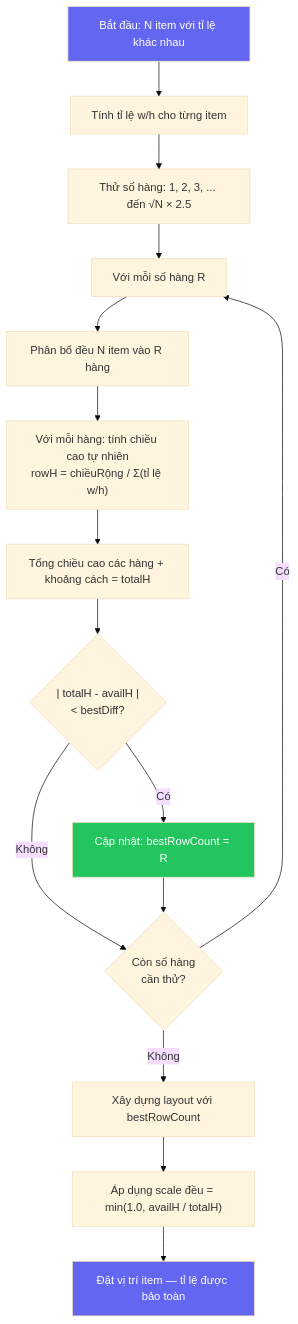
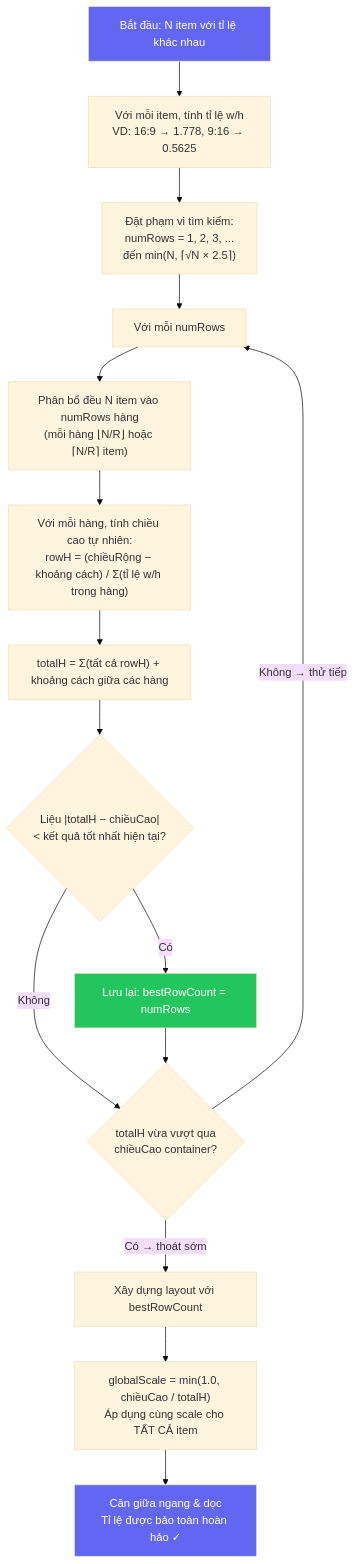
One commit to thangdevalone/meeting-grid-layout changed the diagram in README.vi.md. Above: the diagram before and after it, drawn with Mermaid (base theme). The commit also changed other lines of this file and 7 other files, not shown here.

````diff
--- a/README.vi.md
+++ b/README.vi.md
@@ -296,21 +302,21 @@
 ```mermaid
 flowchart TD
-    A["Bắt đầu: N item với tỉ lệ khác nhau"] --> B["Tính tỉ lệ w/h cho từng item"]
-    B --> C["Thử số hàng: 1, 2, 3, ... đến √N × 2.5"]
-    C --> D["Với mỗi số hàng R"]
-    D --> E["Phân bổ đều N item vào R hàng"]
-    E --> F["Với mỗi hàng: tính chiều cao tự nhiên\nrowH = chiềuRộng / Σ(tỉ lệ w/h)"]
-    F --> G["Tổng chiều cao các hàng + khoảng cách = totalH"]
-    G --> H{"| totalH - availH |\n< bestDiff?"}
-    H -- Có --> I["Cập nhật: bestRowCount = R"]
-    H -- Không --> J{"Còn số hàng\ncần thử?"}
+    A["Bắt đầu: N item với tỉ lệ khác nhau"] --> B["Với mỗi item, tính tỉ lệ w/h\nVD: 16:9 → 1.778, 9:16 → 0.5625"]
+    B --> C["Đặt phạm vi tìm kiếm:\nnumRows = 1, 2, 3, ...\nđến min(N, ⌈√N × 2.5⌉)"]
+    C --> D["Với mỗi numRows"]
+    D --> E["Phân bổ đều N item vào numRows hàng\n(mỗi hàng ⌊N/R⌋ hoặc ⌈N/R⌉ item)"]
+    E --> F["Với mỗi hàng, tính chiều cao tự nhiên:\nrowH = (chiềuRộng − khoảng cách) / Σ(tỉ lệ w/h trong hàng)"]
+    F --> G["totalH = Σ(tất cả rowH) + khoảng cách giữa các hàng"]
+    G --> H{"Liệu |totalH − chiềuCao|\n< kết quả tốt nhất hiện tại?"}
+    H -- Có --> I["Lưu lại: bestRowCount = numRows"]
+    H -- Không --> J{"totalH vừa vượt qua\nchiềuCao container?"}
     I --> J
-    J -- Có --> D
-    J -- Không --> K["Xây dựng layout với bestRowCount"]
-    K --> L["Áp dụng scale đều = min(1.0, availH / totalH)"]
-    L --> M["Đặt vị trí item — tỉ lệ được bảo toàn"]
+    J -- "Có → thoát sớm" --> K["Xây dựng layout với bestRowCount"]
+    J -- "Không → thử tiếp" --> D
+    K --> L["globalScale = min(1.0, chiềuCao / totalH)\nÁp dụng cùng scale cho TẤT CẢ item"]
+    L --> M["Căn giữa ngang & dọc\nTỉ lệ được bảo toàn hoàn hảo ✓"]
 
     style A fill:#6366f1,color:#fff
     style I fill:#22c55e,color:#fff
     style M fill:#6366f1,color:#fff
 ```
````
